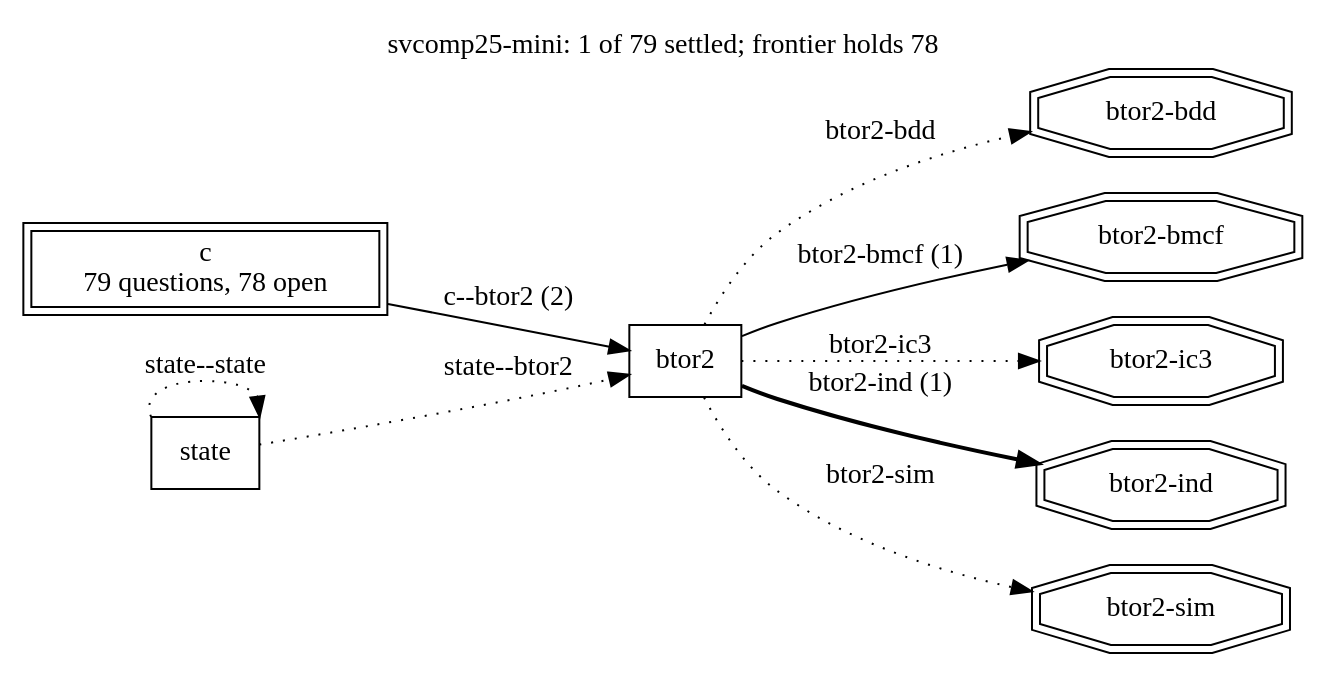
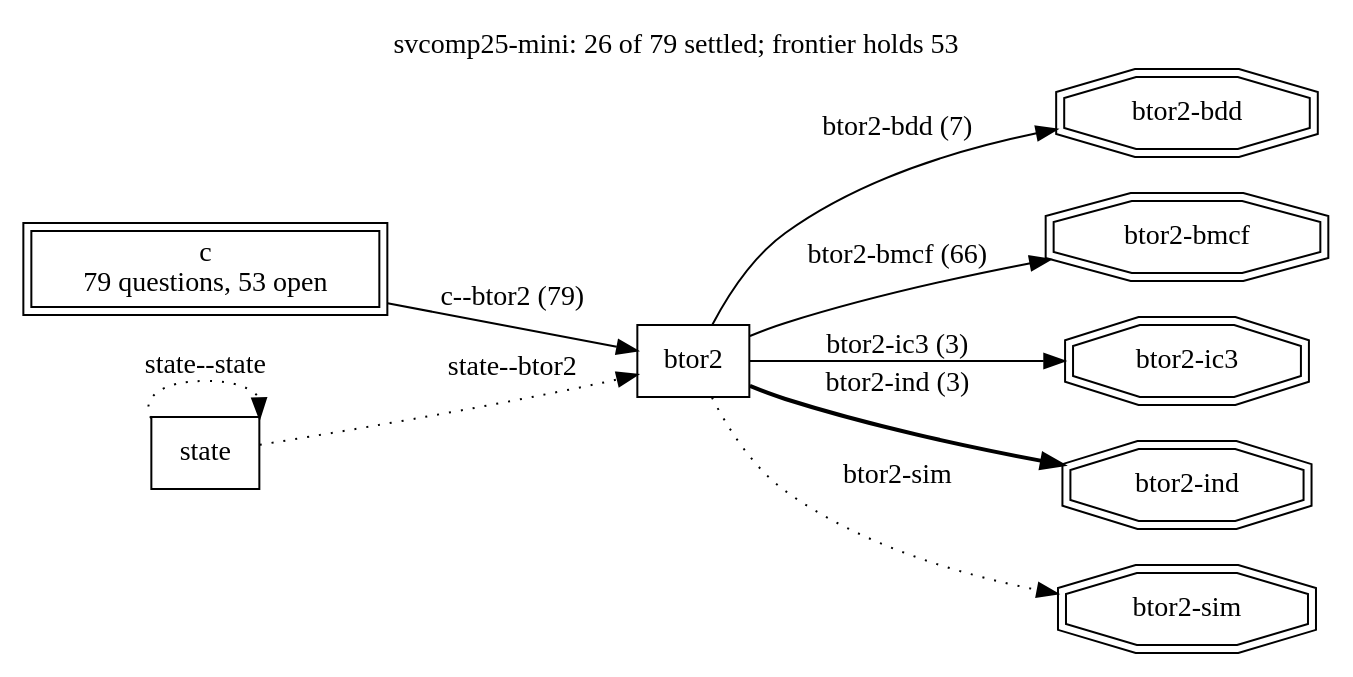
Before and after one commit to cksystemsgroup/hurdy-gurdy: the diagram in runs/svcomp25-mini/frontier.dot, drawn with Graphviz. The commit also changed 2 other files, not shown here.

Commit message:
First light on software: fourteen bugs walk home across the bridge and replay in the language they were written in, three loops proven safe forever, and thirty-one questions almost nobody answered take their first bounds

```diff
--- a/runs/svcomp25-mini/frontier.dot
+++ b/runs/svcomp25-mini/frontier.dot
@@ -1,21 +1,21 @@
 digraph "svcomp25-mini" {
   rankdir=LR; labelloc=t;
-  label="svcomp25-mini: 1 of 79 settled; frontier holds 78";
+  label="svcomp25-mini: 26 of 79 settled; frontier holds 53";
   node [shape=box];
   "btor2";
-  "c" [peripheries=2, label="c\n79 questions, 78 open"];
+  "c" [peripheries=2, label="c\n79 questions, 53 open"];
   "state";
-  "c" -> "btor2" [style=solid, label="c--btor2 (2)"];
+  "c" -> "btor2" [style=solid, label="c--btor2 (79)"];
   "state" -> "btor2" [style=dotted, label="state--btor2"];
   "state" -> "state" [style=dotted, label="state--state"];
   "terminal:btor2-bdd" [shape=doubleoctagon, label="btor2-bdd"];
-  "btor2" -> "terminal:btor2-bdd" [style=dotted, label="btor2-bdd"];
+  "btor2" -> "terminal:btor2-bdd" [style=solid, label="btor2-bdd (7)"];
   "terminal:btor2-bmcf" [shape=doubleoctagon, label="btor2-bmcf"];
-  "btor2" -> "terminal:btor2-bmcf" [style=solid, label="btor2-bmcf (1)"];
+  "btor2" -> "terminal:btor2-bmcf" [style=solid, label="btor2-bmcf (66)"];
   "terminal:btor2-ic3" [shape=doubleoctagon, label="btor2-ic3"];
-  "btor2" -> "terminal:btor2-ic3" [style=dotted, label="btor2-ic3"];
+  "btor2" -> "terminal:btor2-ic3" [style=solid, label="btor2-ic3 (3)"];
   "terminal:btor2-ind" [shape=doubleoctagon, label="btor2-ind"];
-  "btor2" -> "terminal:btor2-ind" [style=bold, label="btor2-ind (1)"];
+  "btor2" -> "terminal:btor2-ind" [style=bold, label="btor2-ind (3)"];
   "terminal:btor2-sim" [shape=doubleoctagon, label="btor2-sim"];
   "btor2" -> "terminal:btor2-sim" [style=dotted, label="btor2-sim"];
 }
```
